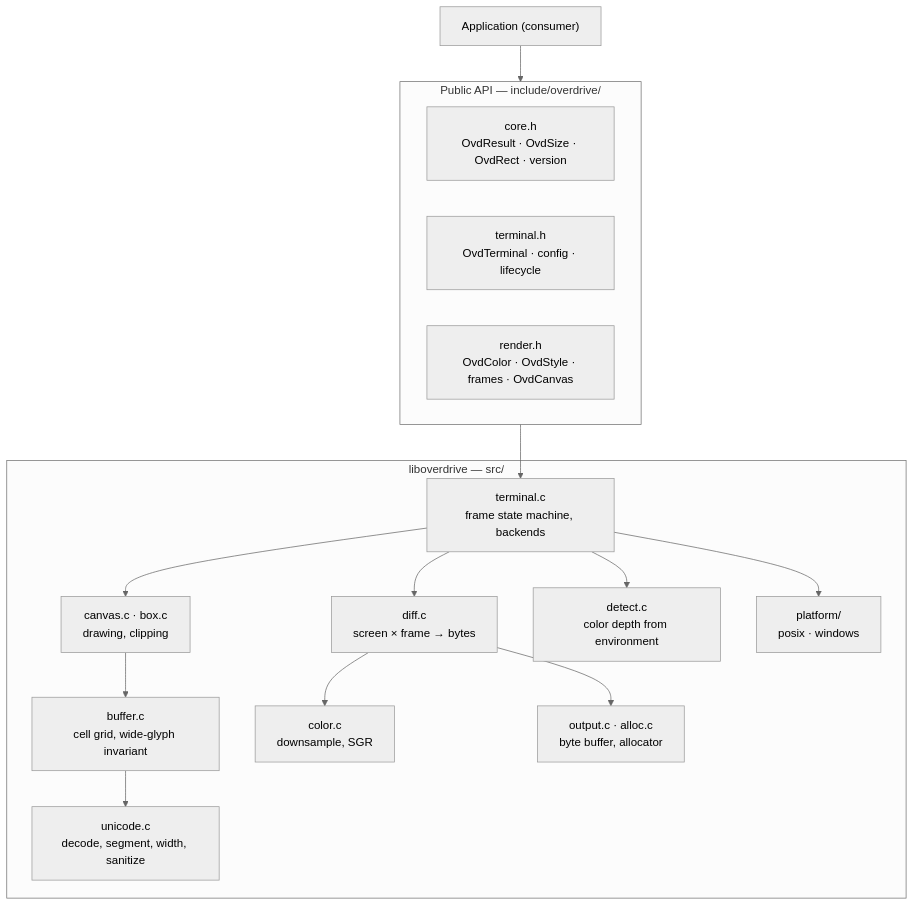
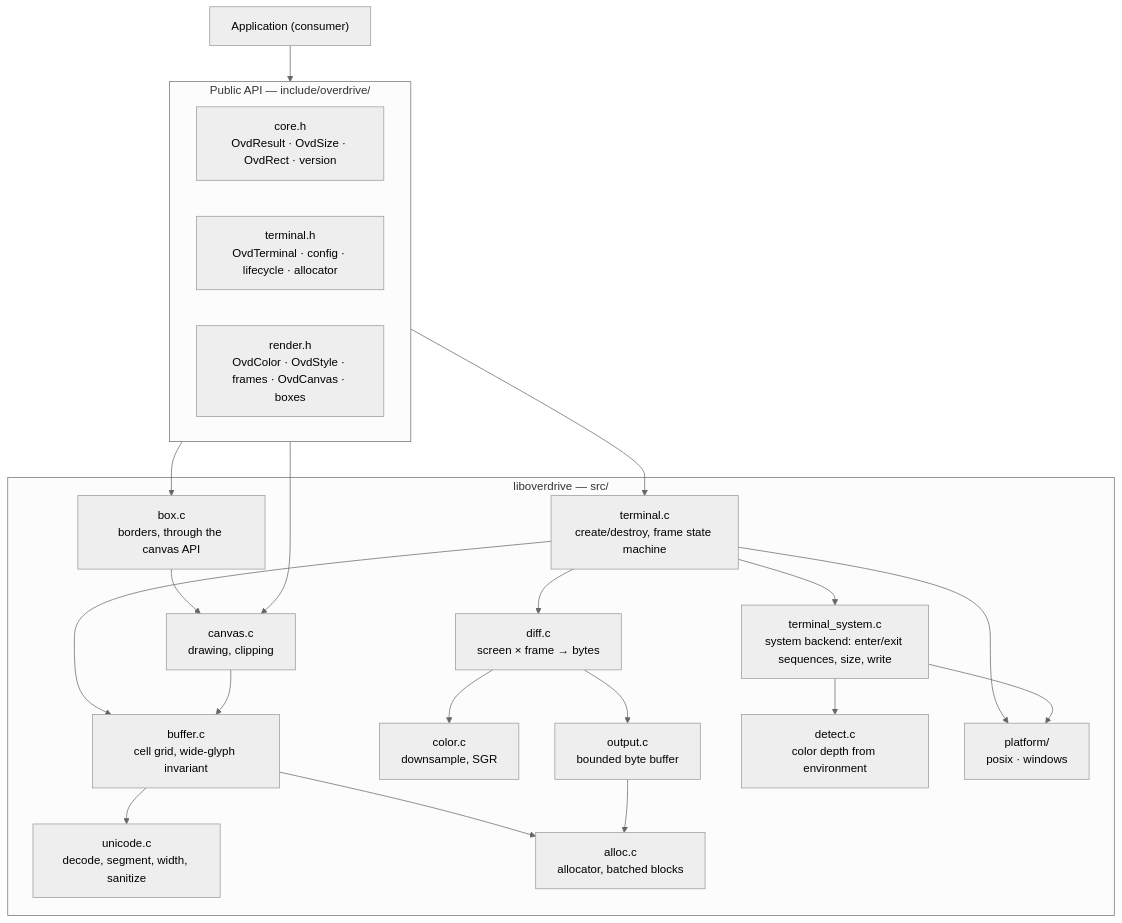
Before and after one commit to AEtherForge-Zero-Labs/overdrive: the first of 2 diagrams in docs/architecture.md, drawn with Mermaid (neutral theme). The commit also changed other lines of this file and 7 other files, not shown here.

````diff
--- a/docs/architecture.md
+++ b/docs/architecture.md
@@ -10,27 +13,38 @@
 ```mermaid
 flowchart TB
     app["Application (consumer)"]
     subgraph public["Public API — include/overdrive/"]
         core["core.h<br/>OvdResult · OvdSize · OvdRect · version"]
-        term["terminal.h<br/>OvdTerminal · config · lifecycle"]
-        render["render.h<br/>OvdColor · OvdStyle · frames · OvdCanvas"]
+        term["terminal.h<br/>OvdTerminal · config · lifecycle · allocator"]
+        render["render.h<br/>OvdColor · OvdStyle · frames · OvdCanvas · boxes"]
     end
     subgraph lib["liboverdrive — src/"]
-        terminal["terminal.c<br/>frame state machine, backends"]
-        canvas["canvas.c · box.c<br/>drawing, clipping"]
+        terminal["terminal.c<br/>create/destroy, frame state machine"]
+        system["terminal_system.c<br/>system backend: enter/exit sequences, size, write"]
+        box["box.c<br/>borders, through the canvas API"]
+        canvas["canvas.c<br/>drawing, clipping"]
         buffer["buffer.c<br/>cell grid, wide-glyph invariant"]
         unicode["unicode.c<br/>decode, segment, width, sanitize"]
+        diff["diff.c<br/>screen × frame → bytes"]
         color["color.c<br/>downsample, SGR"]
-        diff["diff.c<br/>screen × frame → bytes"]
-        output["output.c · alloc.c<br/>byte buffer, allocator"]
+        output["output.c<br/>bounded byte buffer"]
+        alloc["alloc.c<br/>allocator, batched blocks"]
         detect["detect.c<br/>color depth from environment"]
         platform["platform/<br/>posix · windows"]
     end
     app --> public
     public --> terminal
-    terminal --> canvas --> buffer --> unicode
-    terminal --> diff --> color
-    diff --> output
-    terminal --> detect
+    public --> canvas
+    public --> box
+    box --> canvas
+    terminal --> system
+    terminal --> diff
+    terminal --> buffer
     terminal --> platform
+    canvas --> buffer --> unicode
+    buffer --> alloc
+    diff --> color
+    diff --> output --> alloc
+    system --> detect
+    system --> platform
 ```
````
